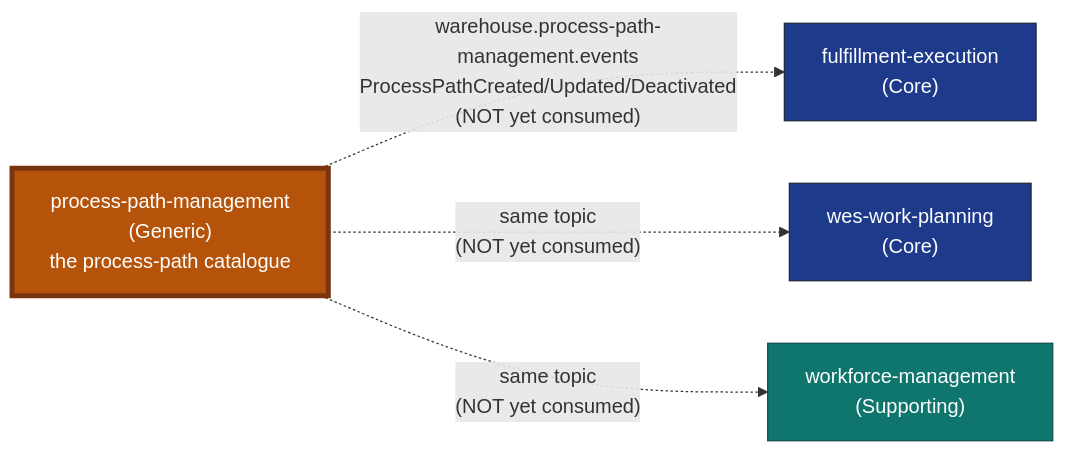
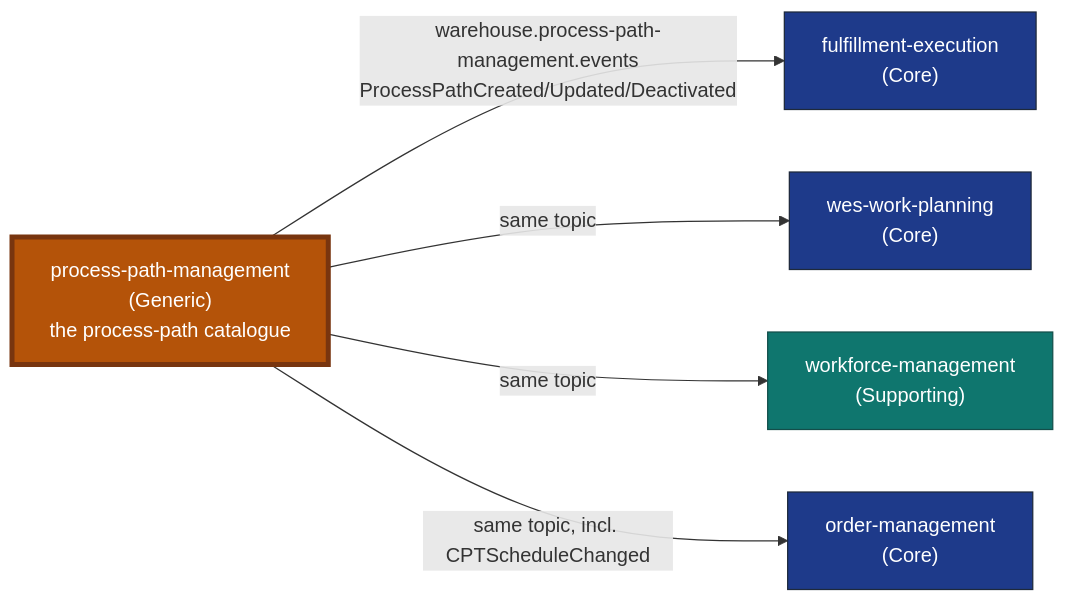
Before and after one commit to claudioed/process-path-management: the diagram in docs/docs/overview.md, drawn with Mermaid. The commit also changed other lines of this file and 11 other files, not shown here.

````diff
--- a/docs/docs/overview.md
+++ b/docs/docs/overview.md
@@ -68,19 +79,22 @@
 ```mermaid
 flowchart LR
   PPM["process-path-management<br/>(Generic)<br/>the process-path catalogue"]
   FE["fulfillment-execution<br/>(Core)"]
   WWP["wes-work-planning<br/>(Core)"]
   WFM["workforce-management<br/>(Supporting)"]
+  OM["order-management<br/>(Core)"]
 
-  PPM -. "warehouse.process-path-management.events<br/>ProcessPathCreated/Updated/Deactivated<br/>(NOT yet consumed)" .-> FE
-  PPM -. "same topic<br/>(NOT yet consumed)" .-> WWP
-  PPM -. "same topic<br/>(NOT yet consumed)" .-> WFM
+  PPM -- "warehouse.process-path-management.events<br/>ProcessPathCreated/Updated/Deactivated" --> FE
+  PPM -- "same topic" --> WWP
+  PPM -- "same topic" --> WFM
+  PPM -- "same topic, incl. CPTScheduleChanged" --> OM
 
   classDef this fill:#b45309,stroke:#78350f,color:#fff,stroke-width:4px;
   classDef core fill:#1e3a8a,stroke:#1e293b,color:#fff;
   classDef supporting fill:#0f766e,stroke:#134e4a,color:#fff;
   class PPM this;
   class FE core;
   class WWP core;
+  class OM core;
   class WFM supporting;
 ```
````
